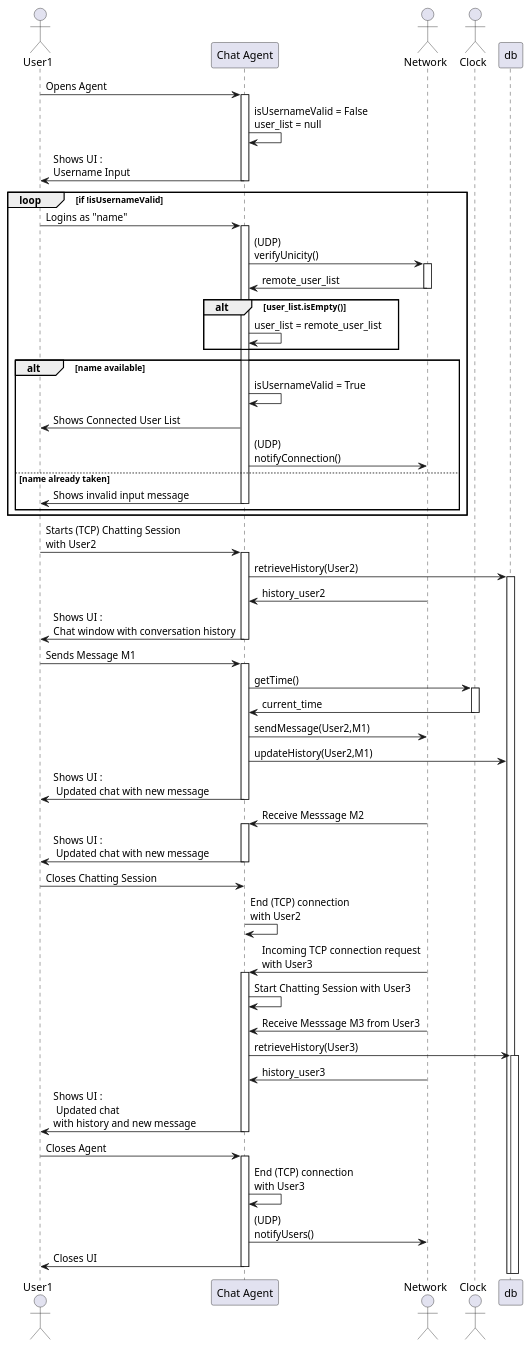
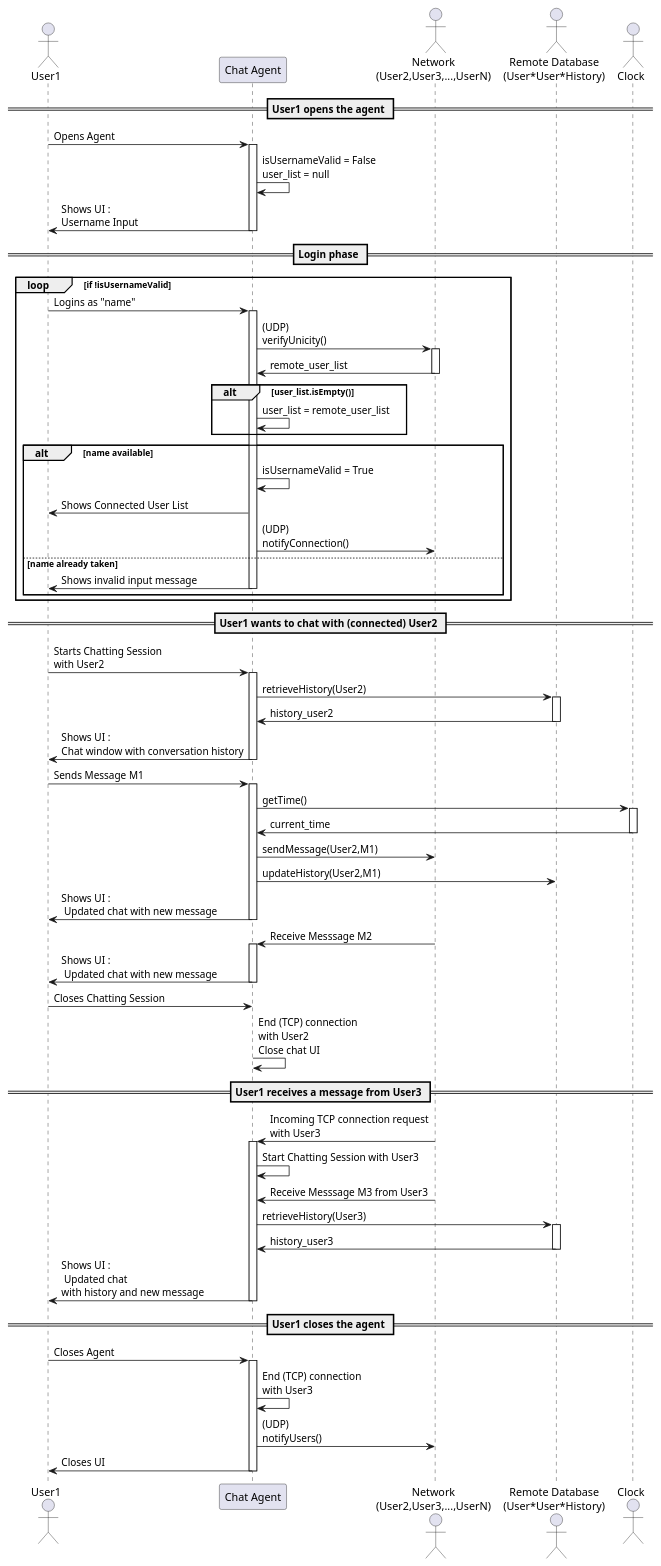
Before and after one commit to scanim-valentin/decentralized-chat-system: the diagram in UMLPlant/sequence_black_box.wsd, drawn with PlantUML.

Commit message:
updated sequence diagram

```diff
--- a/UMLPlant/sequence_black_box.wsd
+++ b/UMLPlant/sequence_black_box.wsd
@@ -1,60 +1,70 @@
 @startuml sequence_black_box
 actor User1 as User
 participant "Chat Agent" as chatAgent
-actor "Network" as Network
+actor "Network\n(User2,User3,...,UserN)" as Network
+actor "Remote Database\n(User*User*History)" as db
 actor "Clock" as Clock
+
+== User1 opens the agent ==
 
 User -> chatAgent ++ : Opens Agent
   chatAgent -> chatAgent : isUsernameValid = False\nuser_list = null
 chatAgent -> User -- : Shows UI :\nUsername Input
 
+== Login phase ==
 
 loop if !isUsernameValid
 User -> chatAgent ++ : Logins as "name"
 
 chatAgent -> Network ++ : (UDP)\nverifyUnicity()
 Network -> chatAgent -- : remote_user_list
  alt user_list.isEmpty()
   chatAgent -> chatAgent : user_list = remote_user_list 
  end
 alt name available
 chatAgent -> chatAgent : isUsernameValid = True
 User <- chatAgent : Shows Connected User List
 chatAgent -> Network : (UDP)\nnotifyConnection()
     else name already taken
 User <- chatAgent -- : Shows invalid input message
     end
 end
 
-User -> chatAgent ++ : Starts (TCP) Chatting Session\nwith User2
+== User1 wants to chat with (connected) User2 ==
+
+User -> chatAgent ++ : Starts Chatting Session\nwith User2
   chatAgent -> db ++ : retrieveHistory(User2)
-  Network -> chatAgent -- : history_user2
+  db -> chatAgent -- : history_user2
 chatAgent -> User -- : Shows UI :\nChat window with conversation history
 
 User -> chatAgent ++ : Sends Message M1
   chatAgent -> Clock ++ : getTime()
   Clock -> chatAgent -- : current_time
   chatAgent -> Network : sendMessage(User2,M1)
   chatAgent -> db : updateHistory(User2,M1)
 chatAgent -> User -- : Shows UI :\n Updated chat with new message
 
 Network -> chatAgent ++ : Receive Messsage M2
 chatAgent -> User -- : Shows UI :\n Updated chat with new message
 
 User -> chatAgent : Closes Chatting Session
-chatAgent -> chatAgent : End (TCP) connection\nwith User2
+chatAgent -> chatAgent : End (TCP) connection\nwith User2\nClose chat UI
+
+== User1 receives a message from User3 ==
 
 Network -> chatAgent ++ : Incoming TCP connection request\nwith User3
 chatAgent -> chatAgent : Start Chatting Session with User3
 Network -> chatAgent : Receive Messsage M3 from User3
 
   chatAgent -> db ++ : retrieveHistory(User3) 
-  Network -> chatAgent -- : history_user3
+  db -> chatAgent -- : history_user3
 chatAgent -> User -- : Shows UI :\n Updated chat\nwith history and new message
+
+== User1 closes the agent ==
 
 User -> chatAgent ++ : Closes Agent
   chatAgent -> chatAgent : End (TCP) connection\nwith User3
   chatAgent -> Network : (UDP)\nnotifyUsers()
 chatAgent -> User -- : Closes UI
 
 @enduml
```
